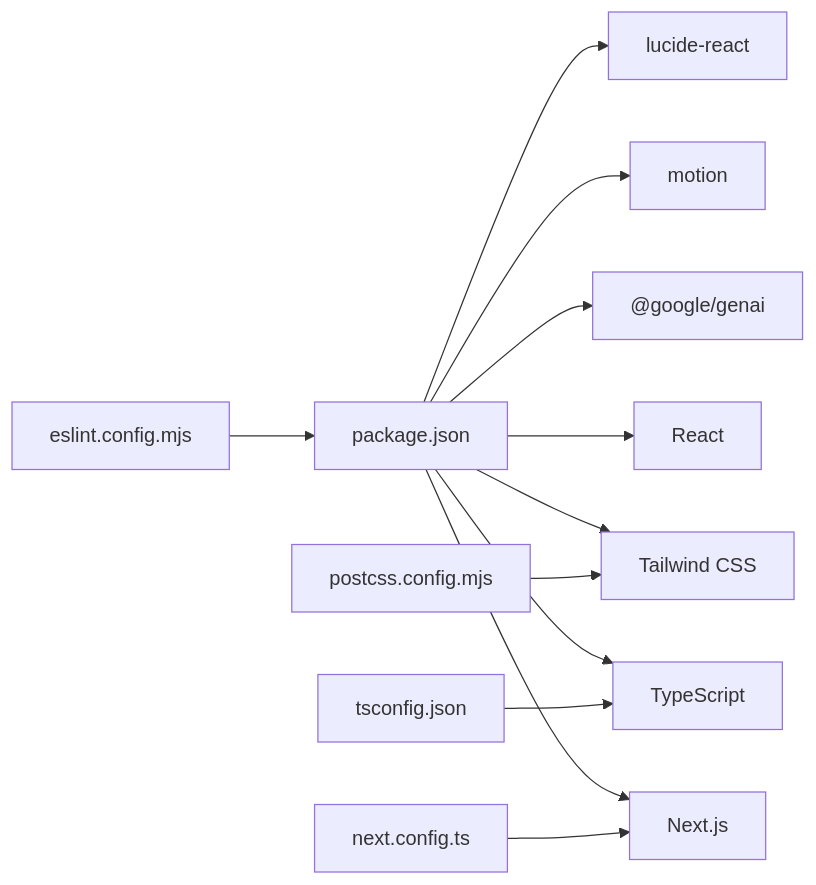
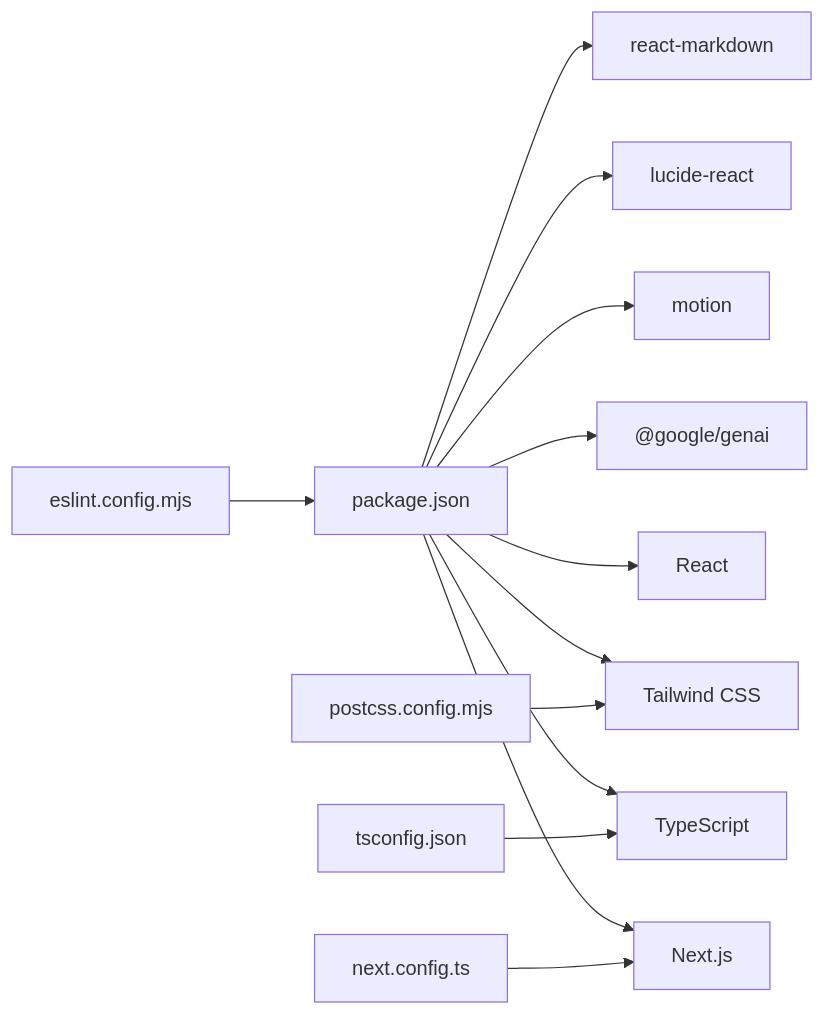
Before and after one commit to Jason-6300/JoyMate: the seventh of 7 diagrams in .qoder/repowiki/zh/content/架构设计/技术栈选型设计.md, drawn with Mermaid. The commit also changed other lines of this file and 7 other files, not shown here.

````diff
--- a/.qoder/repowiki/zh/content/架构设计/技术栈选型设计.md
+++ b/.qoder/repowiki/zh/content/架构设计/技术栈选型设计.md
@@ -279,14 +301,15 @@
 ```mermaid
 graph LR
 P["package.json"] --> N["Next.js"]
 P --> R["React"]
 P --> TS["TypeScript"]
 P --> TW["Tailwind CSS"]
 P --> GA["@google/genai"]
 P --> M["motion"]
 P --> LC["lucide-react"]
+P --> RM["react-markdown"]
 CFG1["next.config.ts"] --> N
 CFG2["tsconfig.json"] --> TS
 CFG3["eslint.config.mjs"] --> P
 CFG4["postcss.config.mjs"] --> TW
 ```
````
